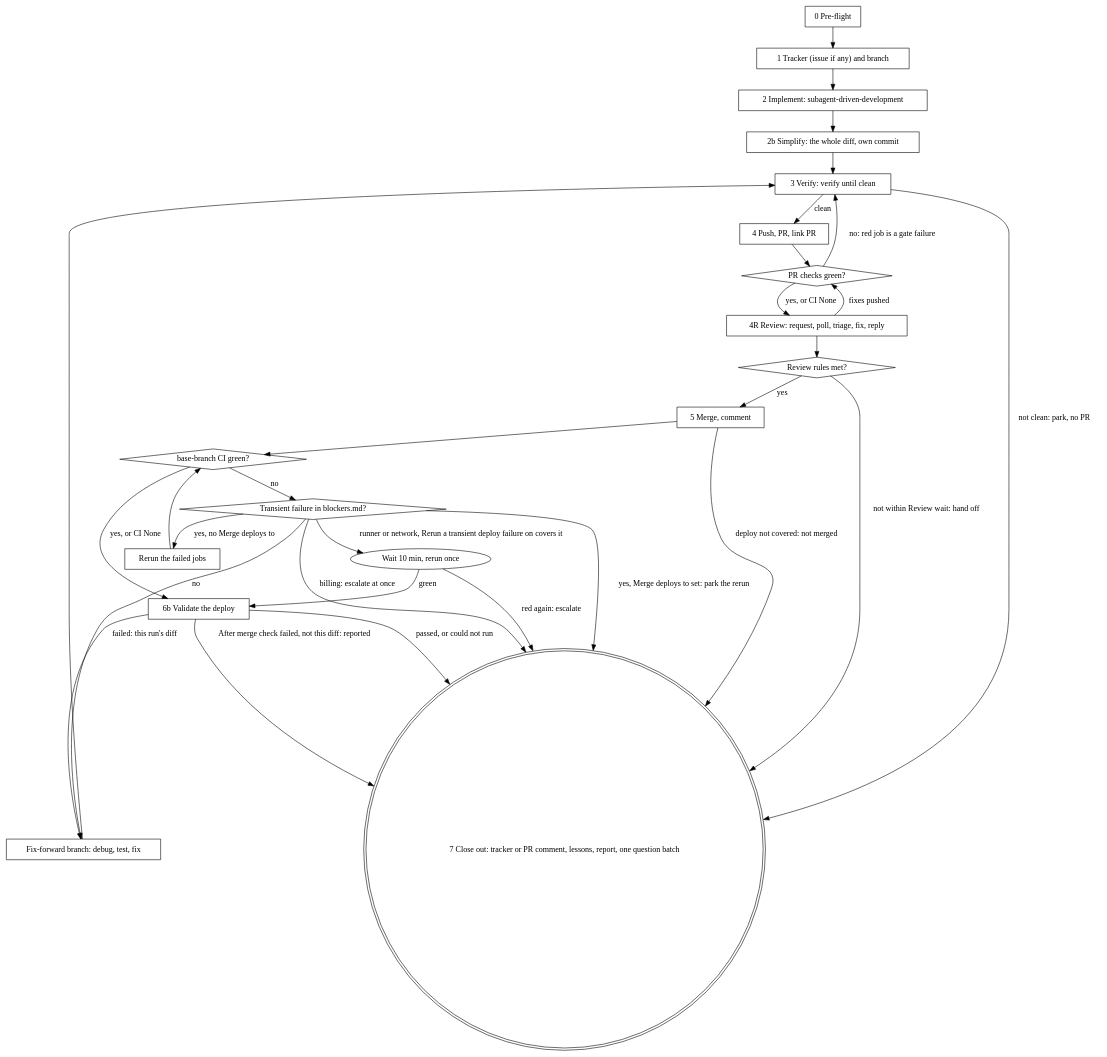
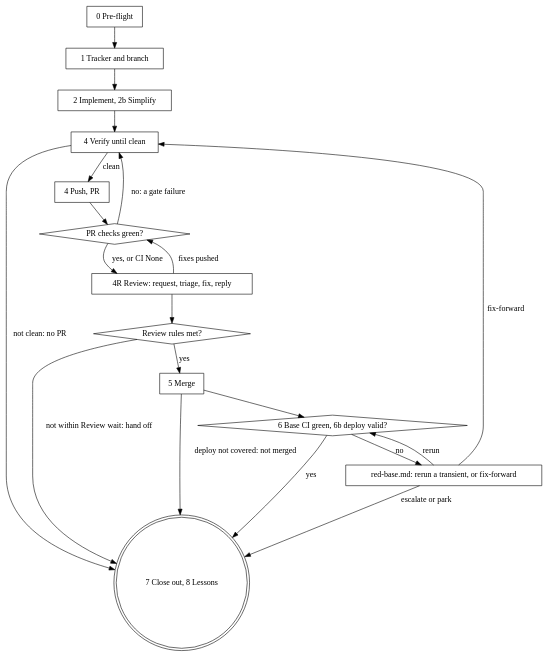
The diagram in skills/ship-plan/SKILL.md (tarmopr/ai-skills), drawn with Graphviz before and after one commit.

Commit message:
refactor(ship-plan): shrink the flow graph to the main path
The graph repeated red-base.md's transient, wait and deploy branches. It now
shows one red-base node (rerun, fix-forward, escalate) and leaves the detail
to phase-merge.md and red-base.md, which hold the rules (291 to 168 words).

````diff
--- a/skills/ship-plan/SKILL.md
+++ b/skills/ship-plan/SKILL.md
@@ -203,48 +203,34 @@
 ```dot
 digraph ship {
   pre [label="0 Pre-flight" shape=box];
-  branch [label="1 Tracker (issue if any) and branch" shape=box];
-  impl [label="2 Implement: subagent-driven-development" shape=box];
-  simp [label="2b Simplify: the whole diff, own commit" shape=box];
-  verify [label="3 Verify: verify until clean" shape=box];
-  pr [label="4 Push, PR, link PR" shape=box];
+  branch [label="1 Tracker and branch" shape=box];
+  impl [label="2 Implement, 2b Simplify" shape=box];
+  verify [label="4 Verify until clean" shape=box];
+  pr [label="4 Push, PR" shape=box];
   checks [label="PR checks green?" shape=diamond];
-  review [label="4R Review: request, poll, triage, fix, reply" shape=box];
+  review [label="4R Review: request, triage, fix, reply" shape=box];
   rules [label="Review rules met?" shape=diamond];
-  merge [label="5 Merge, comment" shape=box];
-  baseci [label="base-branch CI green?" shape=diamond];
-  transient [label="Transient failure in blockers.md?" shape=diamond];
-  rerun [label="Rerun the failed jobs" shape=box];
-  wait [label="Wait 10 min, rerun once"];
-  fix [label="Fix-forward branch: debug, test, fix" shape=box];
-  deploy [label="6b Validate the deploy" shape=box];
-  close [label="7 Close out: tracker or PR comment, lessons, report, one question batch" shape=doublecircle];
+  merge [label="5 Merge" shape=box];
+  base [label="6 Base CI green, 6b deploy valid?" shape=diamond];
+  red [label="red-base.md: rerun a transient, or fix-forward" shape=box];
+  close [label="7 Close out, 8 Lessons" shape=doublecircle];
 
-  pre -> branch -> impl -> simp -> verify;
+  pre -> branch -> impl -> verify;
   verify -> pr [label="clean"];
-  verify -> close [label="not clean: park, no PR"];
+  verify -> close [label="not clean: no PR"];
   pr -> checks;
-  checks -> verify [label="no: red job is a gate failure"];
+  checks -> verify [label="no: a gate failure"];
   checks -> review [label="yes, or CI None"];
   review -> checks [label="fixes pushed"];
   review -> rules;
   rules -> merge [label="yes"];
   rules -> close [label="not within Review wait: hand off"];
-  merge -> baseci;
+  merge -> base;
   merge -> close [label="deploy not covered: not merged"];
-  baseci -> deploy [label="yes, or CI None"];
-  deploy -> close [label="passed, or could not run"];
-  deploy -> fix [label="failed: this run's diff"];
-  deploy -> close [label="After merge check failed, not this diff: reported"];
-  baseci -> transient [label="no"];
-  transient -> rerun [label="yes, no Merge deploys to"];
-  transient -> close [label="yes, Merge deploys to set: park the rerun"];
-  transient -> wait [label="runner or network, Rerun a transient deploy failure on covers it"];
-  transient -> close [label="billing: escalate at once"];
-  wait -> deploy [label="green"];
-  wait -> close [label="red again: escalate"];
-  rerun -> baseci;
-  transient -> fix [label="no"];
-  fix -> verify;
+  base -> close [label="yes"];
+  base -> red [label="no"];
+  red -> base [label="rerun"];
+  red -> verify [label="fix-forward"];
+  red -> close [label="escalate or park"];
 }
 ```
````
